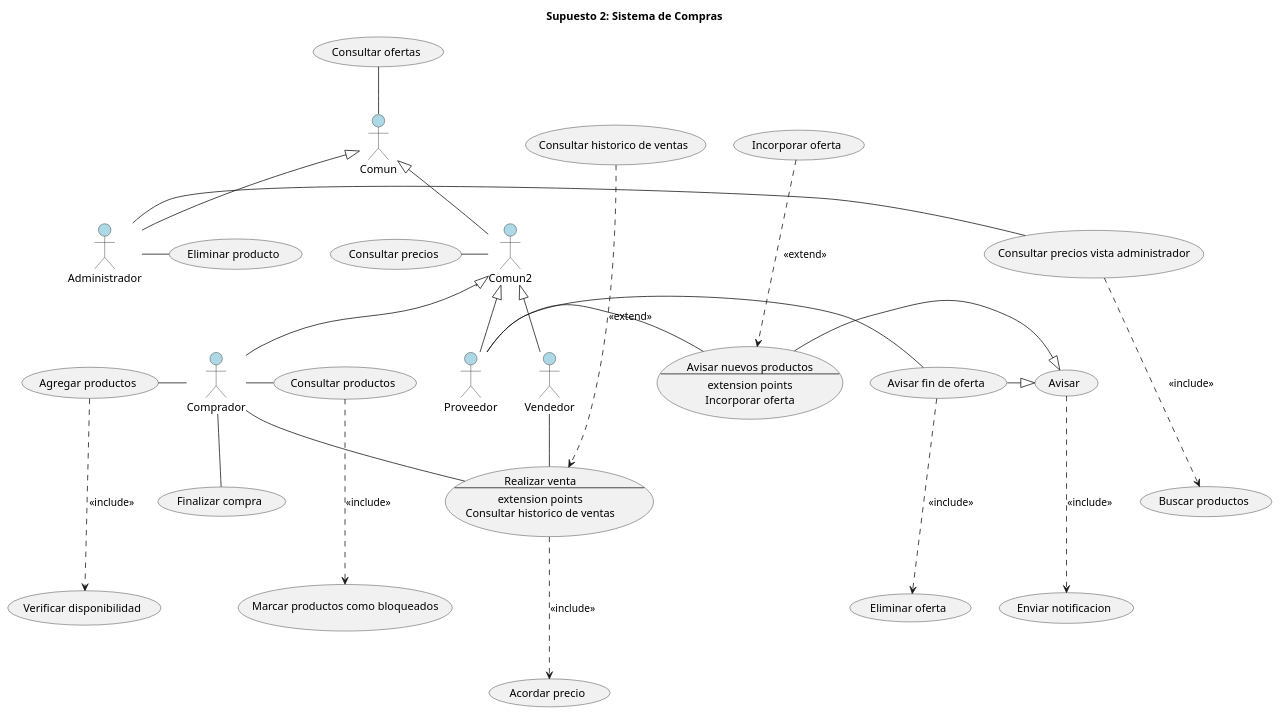
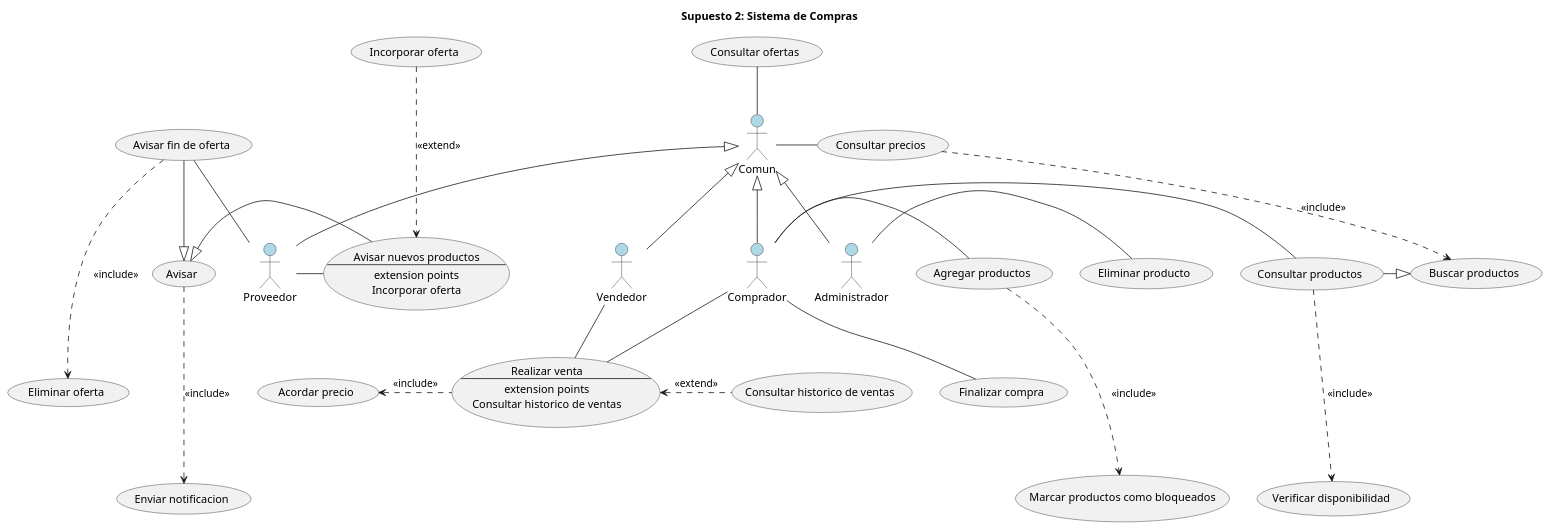
One commit to ags000/INRE-UAL-TURQUESA-2022 changed the diagram in lab0/src/sistemaDeCompras.puml. Above: the diagram before and after it, drawn with PlantUML. The commit also changed 1 other file, not shown here.

```diff
--- a/lab0/src/sistemaDeCompras.puml
+++ b/lab0/src/sistemaDeCompras.puml
@@ -1,73 +1,69 @@
 @startuml sistemaDeCompras
 title Supuesto 2: Sistema de Compras
+
 actor Comun #LightBlue
-actor Comun2 #LightBlue
 actor Comprador #LightBlue
 actor Vendedor #LightBlue
 actor Proveedor #LightBlue
 actor Administrador #LightBlue
 
 /'Casos de uso'/
 "Consultar ofertas" as (CO)
 "Consultar precios" as (CP)
 
 usecase RV as "Realizar venta
 --
 extension points
 Consultar historico de ventas"
 
 "Consultar historico de ventas" as (CHV)
 "Acordar precio" as (AP)
 "Agregar productos" as (AProd)
 "Consultar productos" as (CProd)
 "Finalizar compra" as (FC)
 "Verificar disponibilidad" as (VD)
 "Marcar productos como bloqueados" as (MPB)
 "Avisar fin de oferta" as (AFO)
 "Eliminar oferta" as (EO)
 "Avisar" as (A)
 
-
 usecase ANP as "Avisar nuevos productos
 --
 extension points
 Incorporar oferta"
 
 "Incorporar oferta" as (IO)
 "Enviar notificacion" as (EN)
 "Eliminar producto" as (EP)
-"Consultar precios vista administrador" as (CPVA)
 "Buscar productos" as (BP)
 
 /'Herencias actores'/
-Comun2 -up-|> Comun
 Administrador -up-|> Comun
-Comprador -up-|> Comun2
-Vendedor -up-|> Comun2
-Proveedor -up-|> Comun2
+Comprador -up-|> Comun
+Vendedor -up-|> Comun
+Proveedor -up-|> Comun
 
 /'Relaciones casos de uso'/
-
 Comun -up- (CO)
-Comun2 -left- (CP)
+Comun -left- (CP)
 Comprador -down- (RV)
 Vendedor -down- (RV)
 Comprador -left- (AProd)
 Comprador - (CProd)
 Comprador -down- (FC)
-Proveedor - (AFO)
+Proveedor -left- (AFO)
 Proveedor - (ANP)
 Administrador - (EP)
-Administrador - (CPVA)
-(RV) .-down-> (AP) : <<include>>
-(CHV) .-down--> (RV) : <<extend>>
-(AProd) .-down-> (VD) : <<include>>
-(CProd) .-down-> (MPB) : <<include>>
+(RV) .-left-> (AP) : <<include>>
+(CHV) .-left-> (RV) : <<extend>>
+(AProd) .-down-> (MPB) : <<include>>
+(CProd) .-down-> (VD) : <<include>>
 (AFO) .-down-> (EO) : <<include>>
 (A) .-down-> (EN) : <<include>>
 (IO) .-down-> (ANP) : <<extend>>
-(CPVA) .-down-> (BP) : <<include>>
-(AFO) -|> (A)
+(AFO) -down-|> (A)
 (ANP) -|> (A)
+(CP) .-> (BP) : <<include>>
+(CProd) -|> (BP)
 
 @enduml
```
